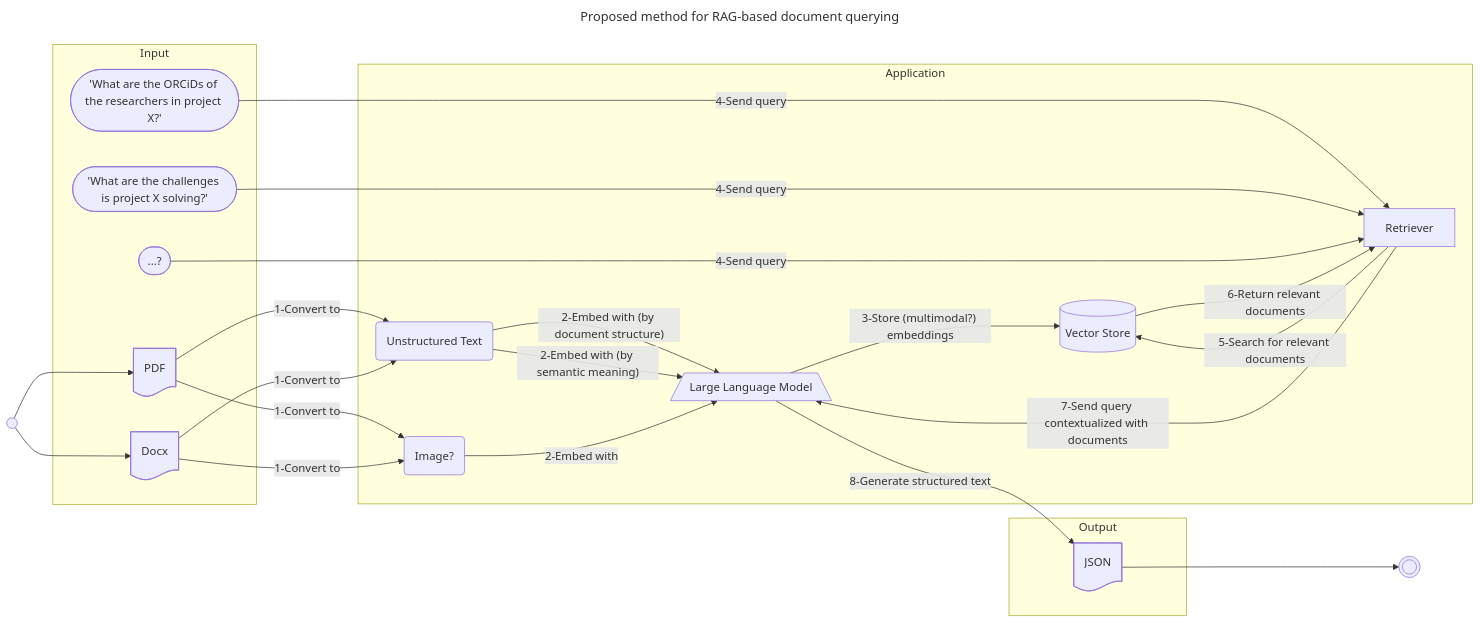
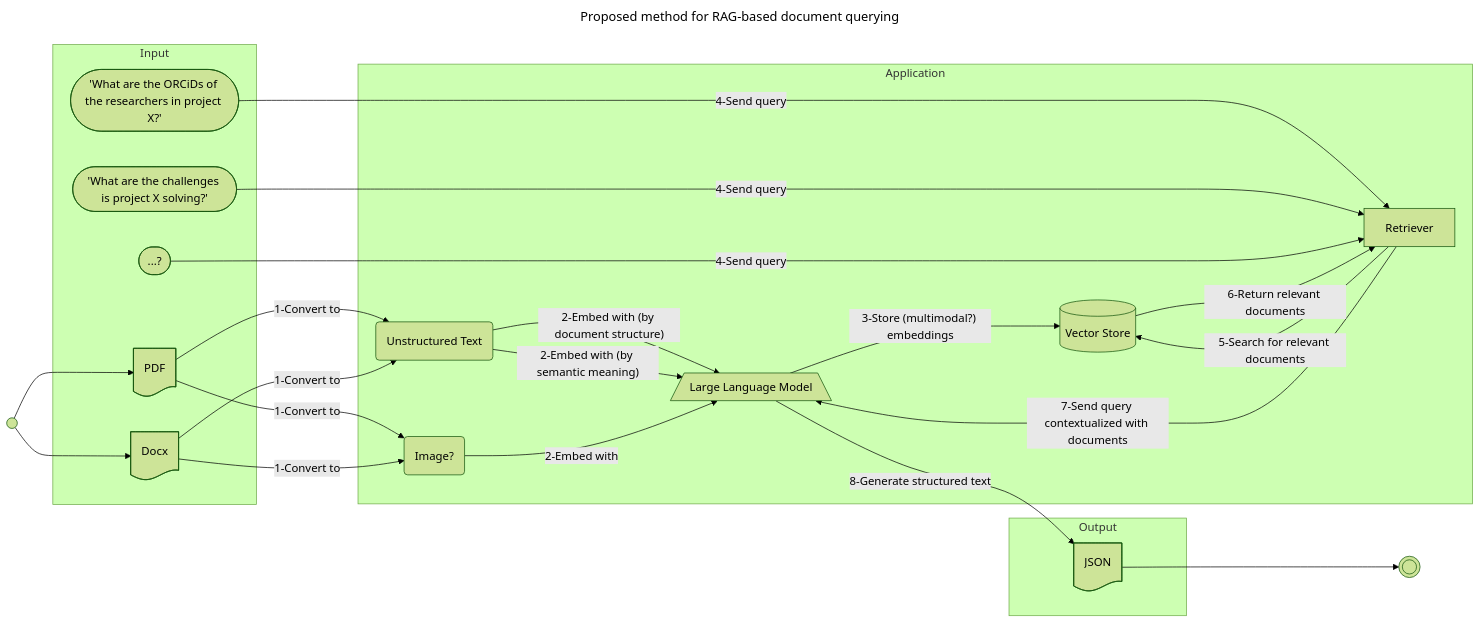
Before and after one commit to VCityTeam/PEPR-VDBI: the first of 3 diagrams in data-integration/README.md, drawn with Mermaid. The commit also changed other lines of this file and 8 other files, not shown here.

Commit message:
update mermaid themes for light backgrounds

````diff
--- a/data-integration/README.md
+++ b/data-integration/README.md
@@ -31,52 +31,54 @@
 ```mermaid
 ---
 title: Proposed method for RAG-based document querying
+config:
+  theme: forest
 ---
 flowchart LR
 
   subgraph Application
     LLM[/Large Language Model\]
     R[Retriever]
     VS[(Vector Store)]
     B(Unstructured Text)
     I(Image?)
   end
 
   subgraph Input
     PDF@{ shape: doc }
     Docx@{ shape: doc }
     Q1(["'What are the ORCiDs of the researchers in project X?'"])
     Q2(["'What are the challenges is project X solving?'"])
     Q3(["...?"])
   end
 
   subgraph Output
     JSON@{ shape: doc }
   end
 
   S(( ))
   O((( )))
 
   S --> PDF
   S --> Docx
   PDF -->|1-Convert to| B
   PDF -->|1-Convert to| I
   Docx -->|1-Convert to| B
   Docx -->|1-Convert to| I
 
   B -->|"2-Embed with (by document structure)"| LLM
   B -->|"2-Embed with (by semantic meaning)"| LLM
   I -->|2-Embed with| LLM
   LLM -->|"3-Store (multimodal?) embeddings"| VS
   
   %% Use multiquery rewriting?
   Q1 -->|4-Send query| R
   Q2 -->|4-Send query| R
   Q3 -->|4-Send query| R
 
   R -->|5-Search for relevant documents| VS
   VS -->|6-Return relevant documents| R
   R -->|7-Send query contextualized with documents| LLM
   LLM -->|8-Generate structured text| JSON
   JSON --> O
 ```
````
